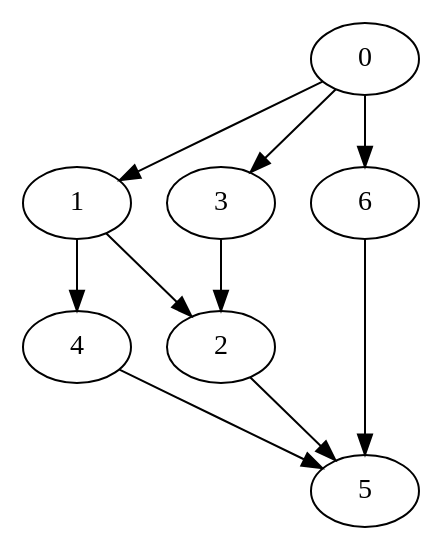
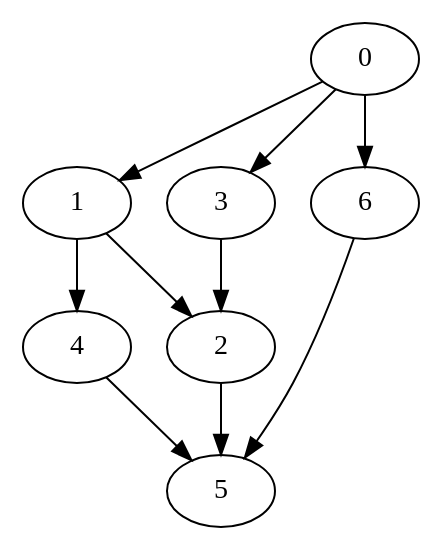
One commit to lejeunel/ksp changed the diagram in examples/example.dot. Above: the diagram before and after it, drawn with Graphviz. The commit also changed 16 other files, not shown here.

```diff
--- a/examples/example.dot
+++ b/examples/example.dot
@@ -1,12 +1,12 @@
 digraph {
   // labelled, weighted edges
   0 -> 1[weight="1"];
-  0 -> 6[weight="15"];
+  0 -> 6[weight="7"];
   1 -> 2[weight="1"];
   2 -> 5[weight="1"];
   0 -> 3[weight="4"];
   3 -> 2[weight="1"];
-  6 -> 5[weight="8"];
+  6 -> 5[weight="1"];
   1 -> 4[weight="3"];
   4 -> 5[weight="1"];
 }
```
